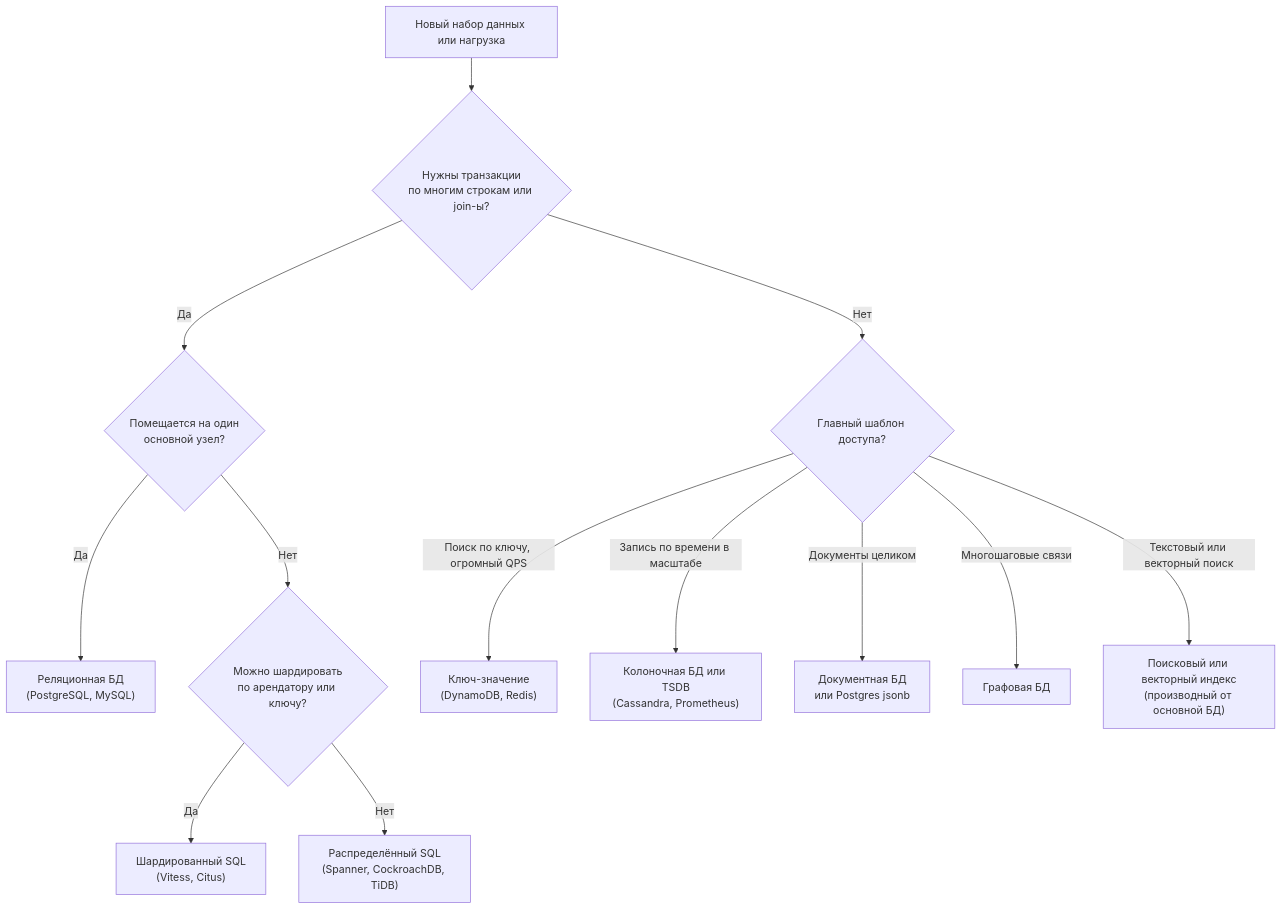
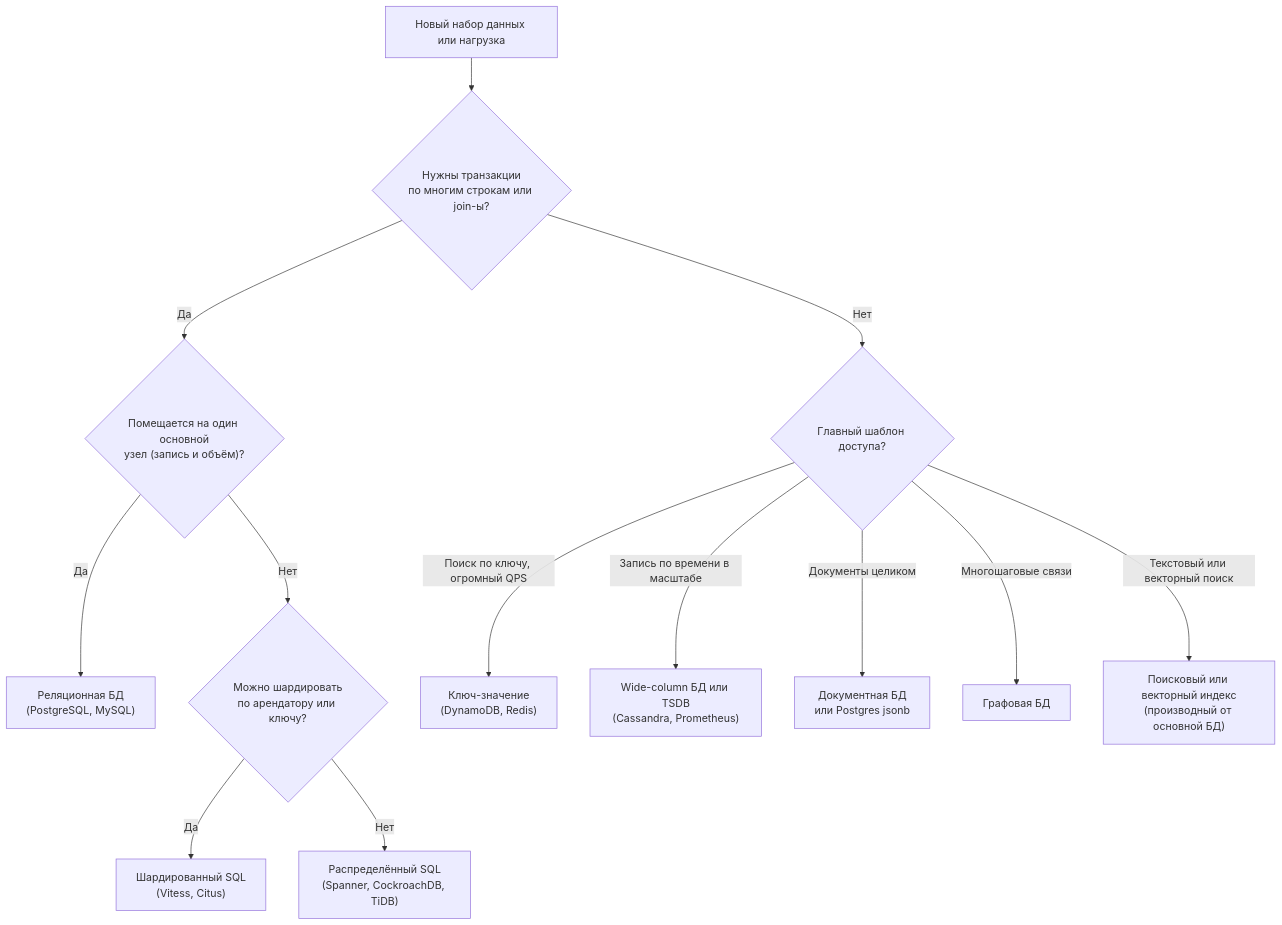
Before and after one commit to butyavk/system-design: the first of 2 diagrams in src/content/docs/ru/data/sql-or-nosql.mdx, drawn with Mermaid. The commit also changed other lines of this file and 54 other files, not shown here.

````diff
--- a/src/content/docs/ru/data/sql-or-nosql.mdx
+++ b/src/content/docs/ru/data/sql-or-nosql.mdx
@@ -21,15 +21,15 @@
 ```mermaid
 flowchart TD
   start["Новый набор данных или нагрузка"] --> q1{"Нужны транзакции<br/>по многим строкам или join-ы?"}
-  q1 -->|"Да"| q2{"Помещается на один<br/>основной узел?"}
+  q1 -->|"Да"| q2{"Помещается на один основной<br/>узел (запись и объём)?"}
   q2 -->|"Да"| rdb["Реляционная БД<br/>(PostgreSQL, MySQL)"]
   q2 -->|"Нет"| q3{"Можно шардировать<br/>по арендатору или ключу?"}
   q3 -->|"Да"| shard["Шардированный SQL<br/>(Vitess, Citus)"]
   q3 -->|"Нет"| dsql["Распределённый SQL<br/>(Spanner, CockroachDB, TiDB)"]
   q1 -->|"Нет"| q4{"Главный шаблон доступа?"}
   q4 -->|"Поиск по ключу, огромный QPS"| kv["Ключ-значение<br/>(DynamoDB, Redis)"]
-  q4 -->|"Запись по времени в масштабе"| wc["Колоночная БД или TSDB<br/>(Cassandra, Prometheus)"]
+  q4 -->|"Запись по времени в масштабе"| wc["Wide-column БД или TSDB<br/>(Cassandra, Prometheus)"]
   q4 -->|"Документы целиком"| doc["Документная БД<br/>или Postgres jsonb"]
   q4 -->|"Многошаговые связи"| gdb["Графовая БД"]
   q4 -->|"Текстовый или векторный поиск"| search["Поисковый или векторный индекс<br/>(производный от основной БД)"]
 ```
````
